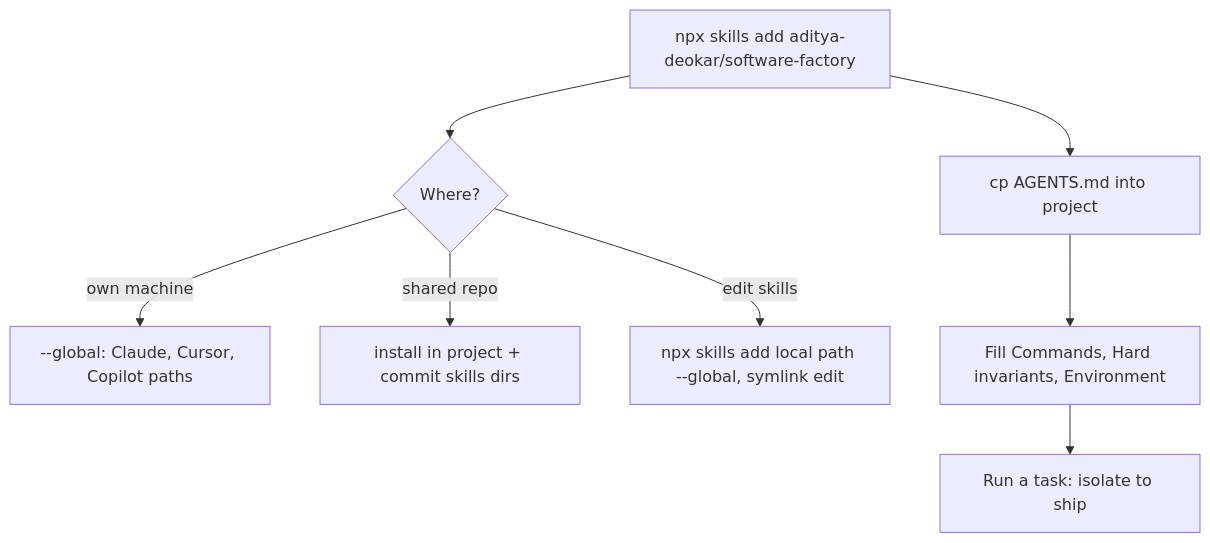
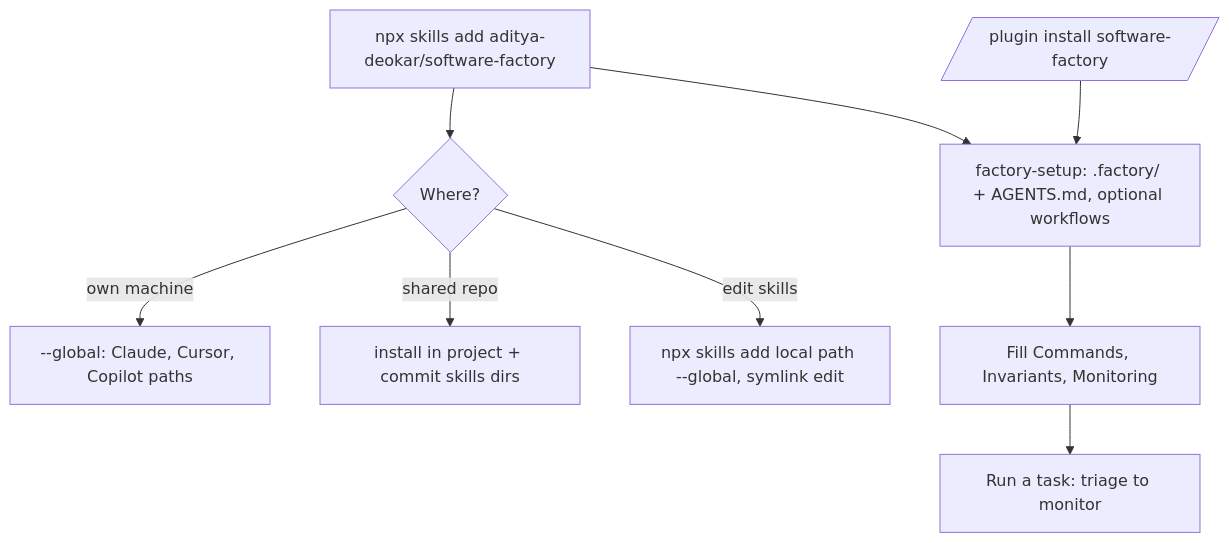
The eighth of 8 diagrams in docs/how-it-works.md (aditya-deokar/software-factory), drawn with Mermaid before and after one commit. The commit also changed other lines of this file and 8 other files, not shown here.

````diff
--- a/docs/how-it-works.md
+++ b/docs/how-it-works.md
@@ -387,10 +451,11 @@
 ```mermaid
 flowchart TD
     INST[npx skills add aditya-deokar/software-factory] --> WHERE{Where?}
     WHERE -->|own machine| GLOB[--global: Claude, Cursor, Copilot paths]
     WHERE -->|shared repo| PROJ[install in project + commit skills dirs]
     WHERE -->|edit skills| LOCAL[npx skills add local path --global, symlink edit]
-    INST --> COPY[cp AGENTS.md into project]
-    COPY --> FILL[Fill Commands, Hard invariants, Environment]
-    FILL --> TASK[Run a task: isolate to ship]
+    INST --> SETUP[factory-setup: .factory/ + AGENTS.md, optional workflows]
+    PLUG[/plugin install software-factory/] --> SETUP
+    SETUP --> FILL[Fill Commands, Invariants, Monitoring]
+    FILL --> TASK[Run a task: triage to monitor]
 ```
````
